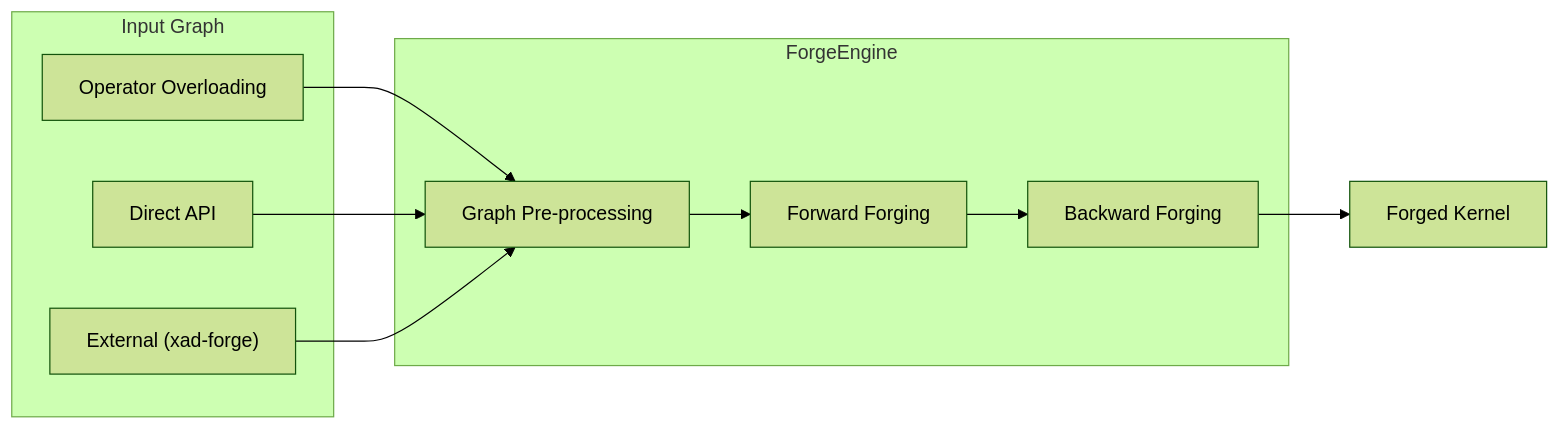
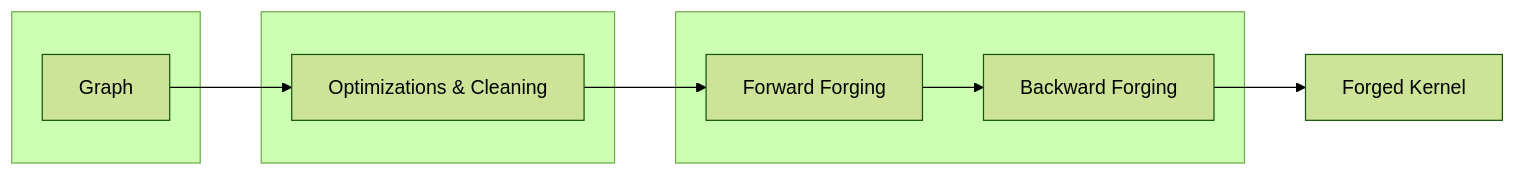
The diagram in README.md (da-roth/forge), drawn with Mermaid (forest theme) before and after one commit. The commit also changed other lines of this file, not shown here.

````diff
--- a/README.md
+++ b/README.md
@@ -66,31 +21,25 @@
 ```mermaid
 flowchart LR
-    subgraph Input["Input Graph"]
-        A1["Operator Overloading"]
-        A2["Direct API"]
-        A3["External (xad-forge)"]
+    subgraph Input[" "]
+        A["Graph"]
     end
 
-    subgraph Engine["ForgeEngine"]
-        B["Graph Pre-processing"]
+    subgraph Preprocessing[" "]
+        B["Optimizations & Cleaning"]
+    end
+
+    subgraph Forging[" "]
         C["Forward Forging"]
         D["Backward Forging"]
+        C --> D
     end
 
     E["Forged Kernel"]
 
-    A1 --> B
-    A2 --> B
-    A3 --> B
-    B --> C
-    C --> D
+    A --> B --> C
     D --> E
 
-    click A1 "api/native/" "fdouble, fbool, fint - natural math syntax"
-    click A2 "src/graph/graph.hpp" "Programmatic graph construction"
-    click A3 "https://github.com/da-roth/xad-forge" "Example: XAD tape transformation"
-    click B "src/graph/graph_optimizer.hpp" "CSE, constant folding, algebraic simplification"
-    click C "backends/" "IInstructionSet emits forward pass machine code"
-    click D "backends/" "IInstructionSet emits gradient machine code"
-    click E "src/compiler/forge_engine.hpp" "Ready for repeated execution"
+    click Input href "src/graph/graph.hpp" "Direct API, operator overloading, or external transformation"
+    click Preprocessing href "src/graph/graph_optimizer.hpp" "CSE, constant folding, algebraic simplification"
+    click Forging href "backends/" "IInstructionSet backends for code generation"
 ```
````
